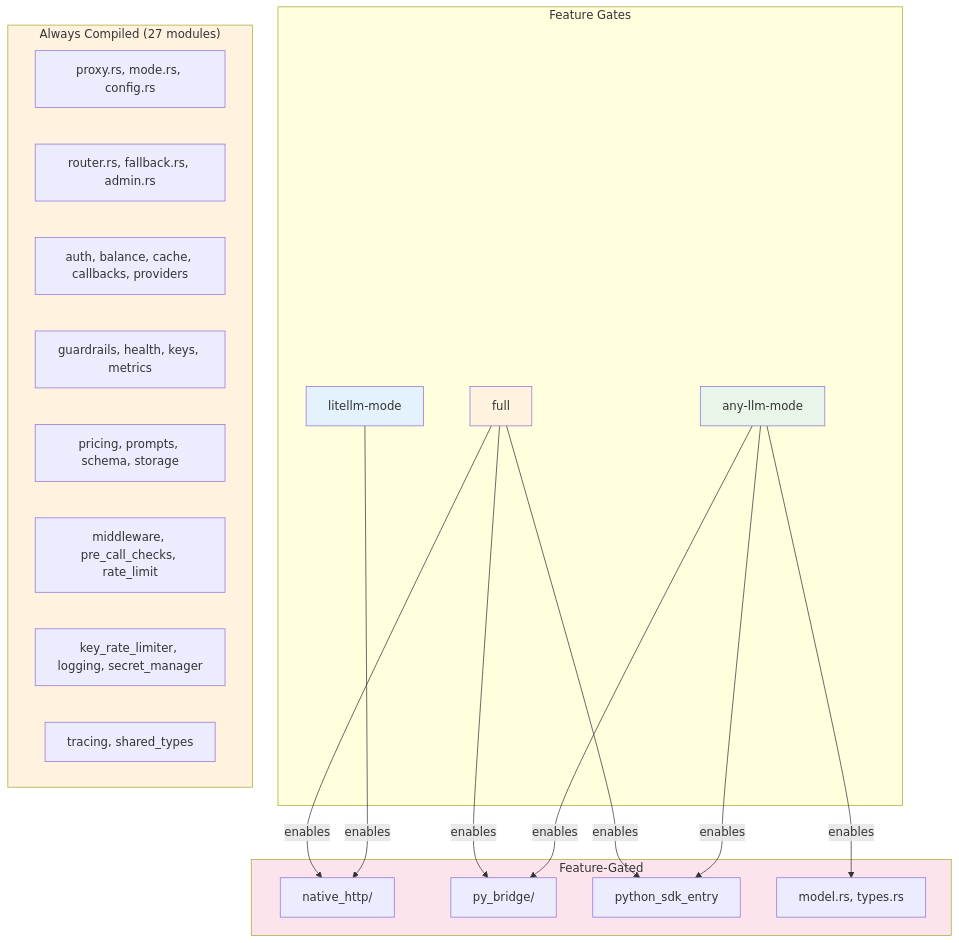
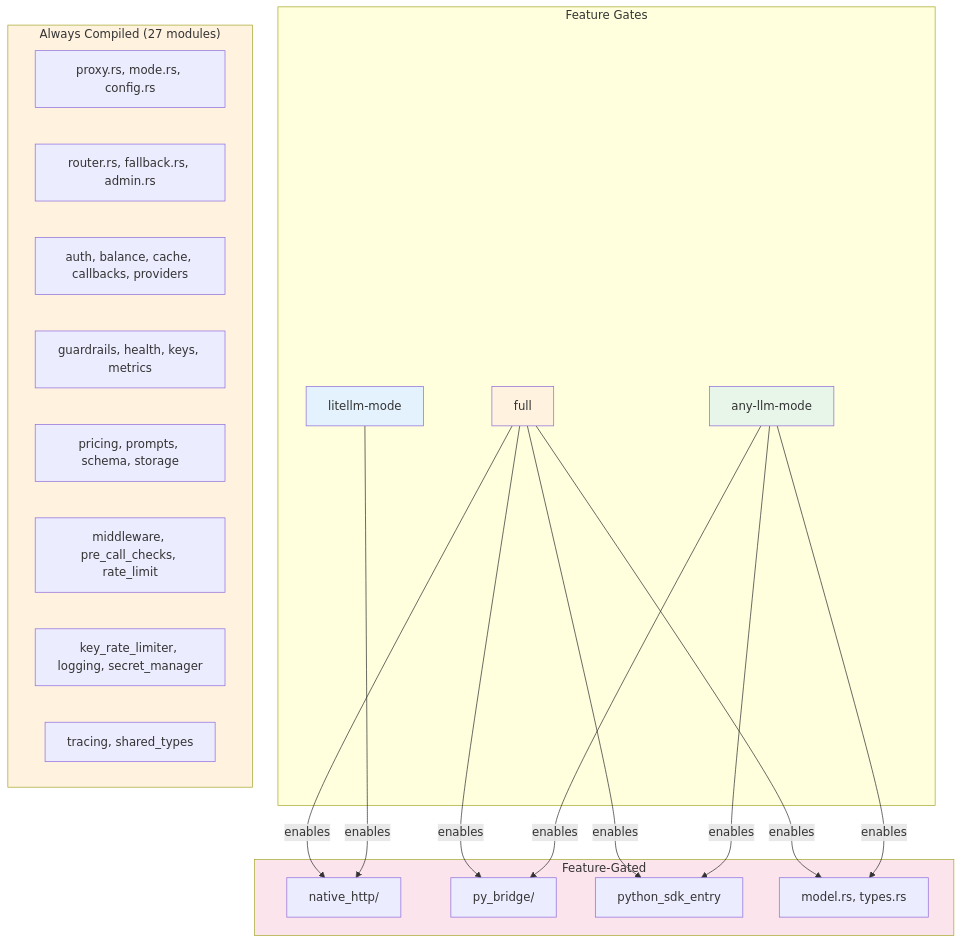
Before and after one commit to CipherOcto/cipherocto: the third of 19 diagrams in docs/architecture/quota-router-architecture.md, drawn with Mermaid. The commit also changed other lines of this file, not shown here.

````diff
--- a/docs/architecture/quota-router-architecture.md
+++ b/docs/architecture/quota-router-architecture.md
@@ -144,40 +144,41 @@
 ```mermaid
 graph TD
     subgraph Features["Feature Gates"]
         F1["litellm-mode"]
         F2["any-llm-mode"]
         F3["full"]
     end
 
     subgraph Always["Always Compiled (27 modules)"]
         A1[proxy.rs, mode.rs, config.rs]
         A2[router.rs, fallback.rs, admin.rs]
         A3[auth, balance, cache, callbacks, providers]
         A4[guardrails, health, keys, metrics]
         A5[pricing, prompts, schema, storage]
         A6[middleware, pre_call_checks, rate_limit]
         A7[key_rate_limiter, logging, secret_manager]
         A8[tracing, shared_types]
     end
 
     subgraph Gated["Feature-Gated"]
         G1[native_http/]
         G2[py_bridge/]
         G3[python_sdk_entry]
         G4[model.rs, types.rs]
     end
 
     F1 -->|enables| G1
     F2 -->|enables| G2
     F2 -->|enables| G3
     F2 -->|enables| G4
     F3 -->|enables| G1
     F3 -->|enables| G2
     F3 -->|enables| G3
+    F3 -->|enables| G4
 
     style F1 fill:#e3f2fd
     style F2 fill:#e8f5e9
     style F3 fill:#fff3e0
     style Always fill:#fff3e0
     style Gated fill:#fce4ec
 ```
````
